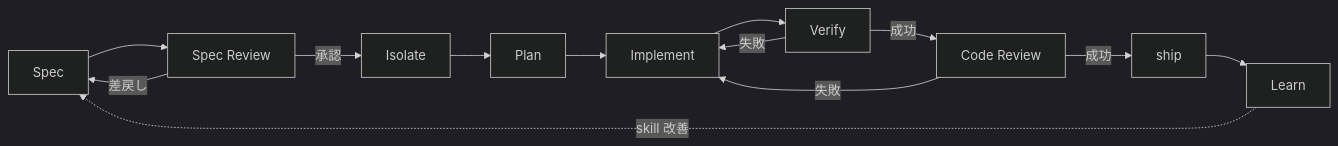
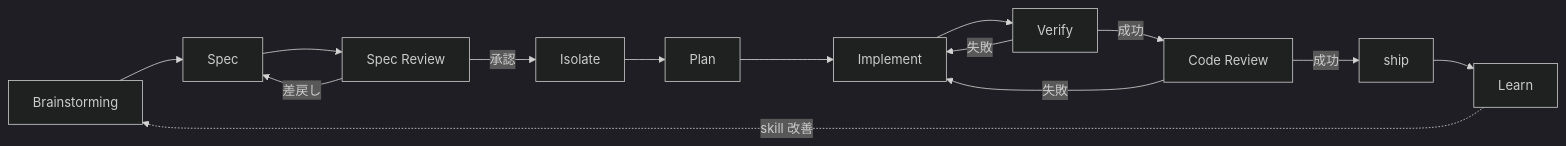
One commit to gassn/my-workflows changed the diagram in docs/workflow.md. Above: the diagram before and after it, drawn with Mermaid (dark theme). The commit also changed other lines of this file and 5 other files, not shown here.

First line of the commit message:
brainstorming skill v2 完成と用語整理

````diff
--- a/docs/workflow.md
+++ b/docs/workflow.md
@@ -45,15 +48,16 @@
 ```mermaid
 flowchart LR
-    A[Spec] --> B[Spec Review]
+    Z[Brainstorming] --> A[Spec]
+    A --> B[Spec Review]
     B -->|承認| C[Isolate]
     B -->|差戻し| A
     C --> D[Plan]
     D --> E[Implement]
     E --> F[Verify]
     F -->|失敗| E
     F -->|成功| G[Code Review]
     G -->|失敗| E
     G -->|成功| H[ship]
     H --> I[Learn]
-    I -.->|skill 改善| A
+    I -.->|skill 改善| Z
 ```
````
